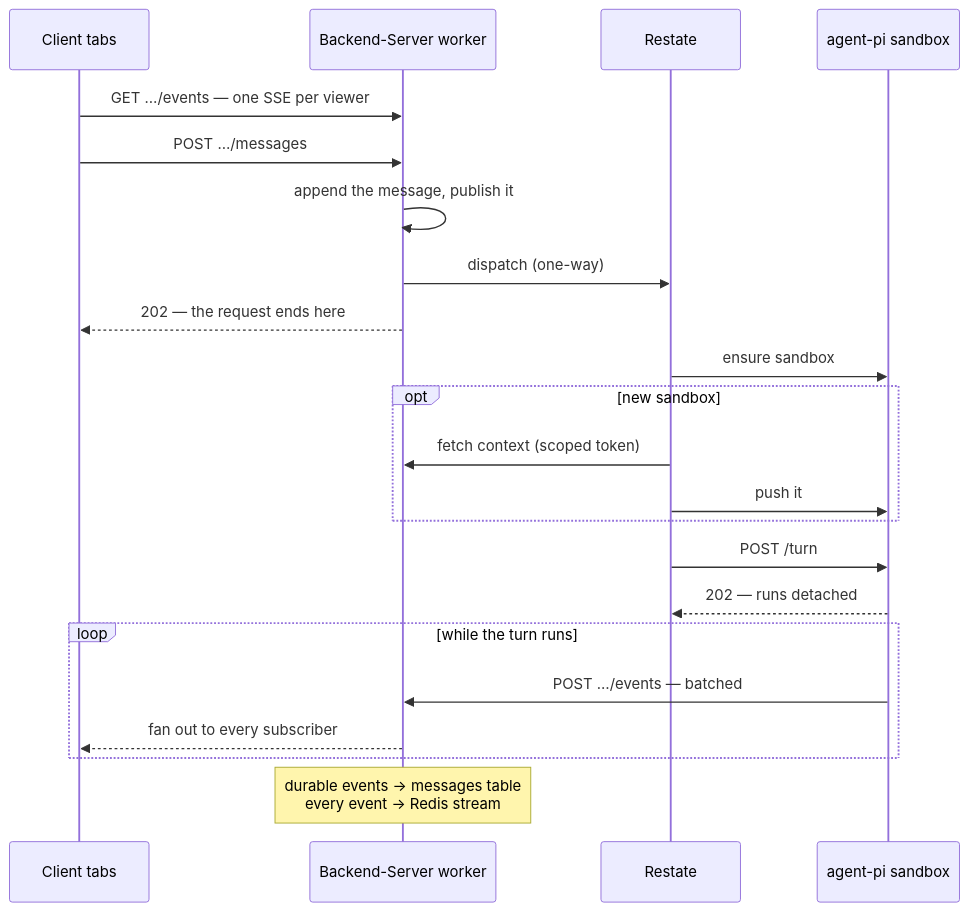
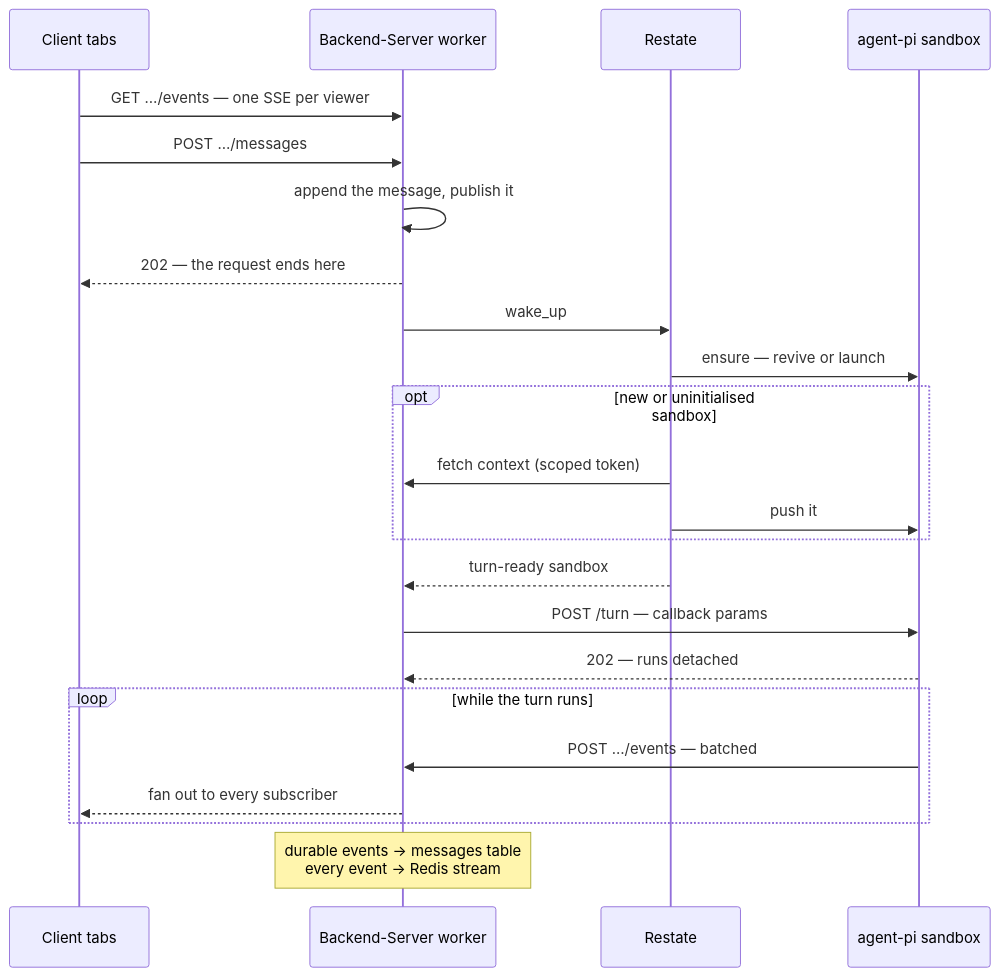
Before and after one commit to Solstice-Health/engineering-specs: the second of 2 diagrams in plans/SOL-3202-chat-turn-control-flow.md, drawn with Mermaid. The commit also changed other lines of this file, not shown here.

Commit message:
SOL-3202: backend dispatches after wake_up; watchdog dropped for lazy closure

````diff
--- a/plans/SOL-3202-chat-turn-control-flow.md
+++ b/plans/SOL-3202-chat-turn-control-flow.md
@@ -97,24 +97,25 @@
 ```mermaid
 sequenceDiagram
     participant C as Client tabs
     participant BE as Backend-Server worker
     participant RS as Restate
     participant S as agent-pi sandbox
     C->>BE: GET …/events — one SSE per viewer
     C->>BE: POST …/messages
     BE->>BE: append the message, publish it
-    BE->>RS: dispatch (one-way)
     BE-->>C: 202 — the request ends here
-    RS->>S: ensure sandbox
-    opt new sandbox
+    BE->>RS: wake_up
+    RS->>S: ensure — revive or launch
+    opt new or uninitialised sandbox
         RS->>BE: fetch context (scoped token)
         RS->>S: push it
     end
-    RS->>S: POST /turn
-    S-->>RS: 202 — runs detached
+    RS-->>BE: turn-ready sandbox
+    BE->>S: POST /turn — callback params
+    S-->>BE: 202 — runs detached
     loop while the turn runs
         S->>BE: POST …/events — batched
         BE-->>C: fan out to every subscriber
     end
     Note over BE: durable events → messages table<br/>every event → Redis stream
 ```
````
